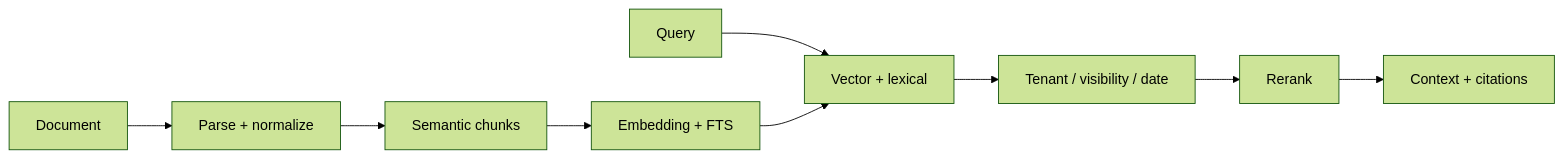
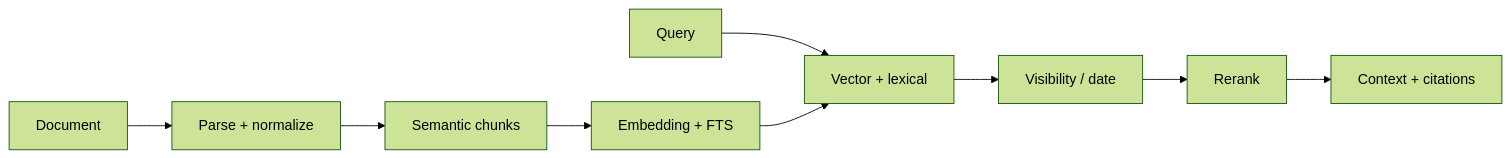
The seventh of 10 diagrams in docs/architecture/diagrams.md (casteleti/ai-chat-agency), drawn with Mermaid (forest theme) before and after one commit. The commit also changed other lines of this file and 55 other files, not shown here.

````diff
--- a/docs/architecture/diagrams.md
+++ b/docs/architecture/diagrams.md
@@ -104,11 +104,11 @@
 ```mermaid
 flowchart LR
   DOC[Document] --> PARSE["Parse + normalize"]
   PARSE --> CHUNK["Semantic chunks"]
   CHUNK --> IDX["Embedding + FTS"]
   Q[Query] --> HYB["Vector + lexical"]
   IDX --> HYB
-  HYB --> FILTER["Tenant / visibility / date"]
+  HYB --> FILTER["Visibility / date"]
   FILTER --> RERANK[Rerank]
   RERANK --> CITE["Context + citations"]
 ```
````
